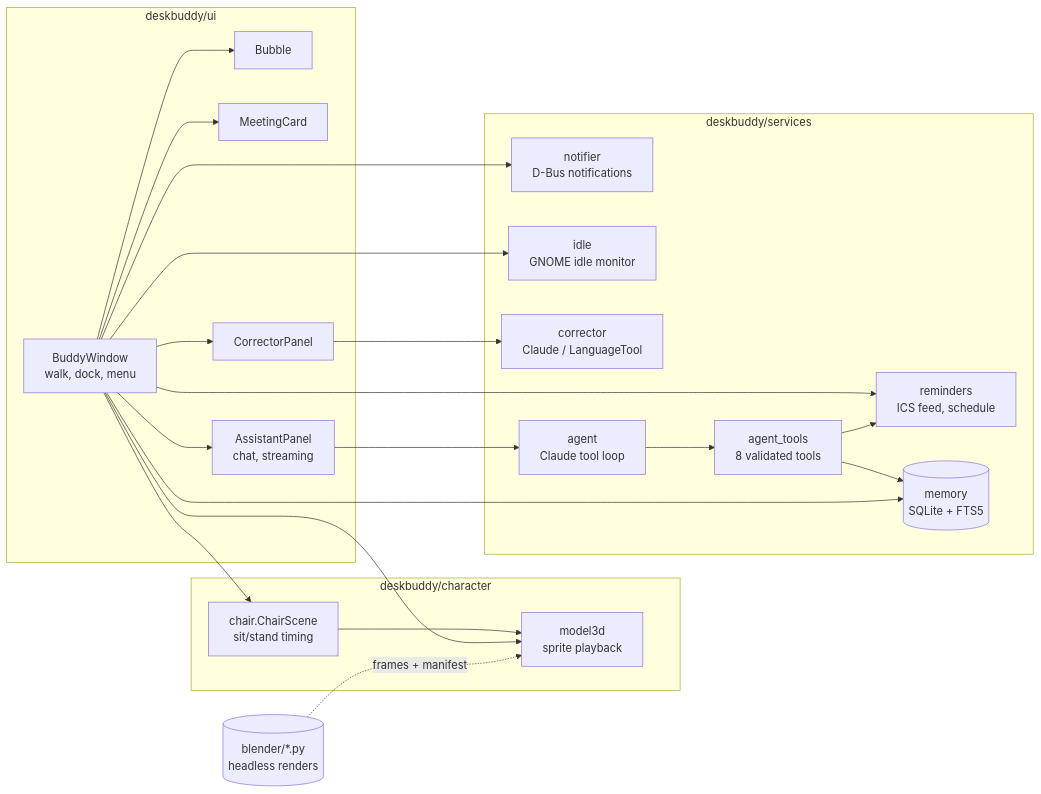
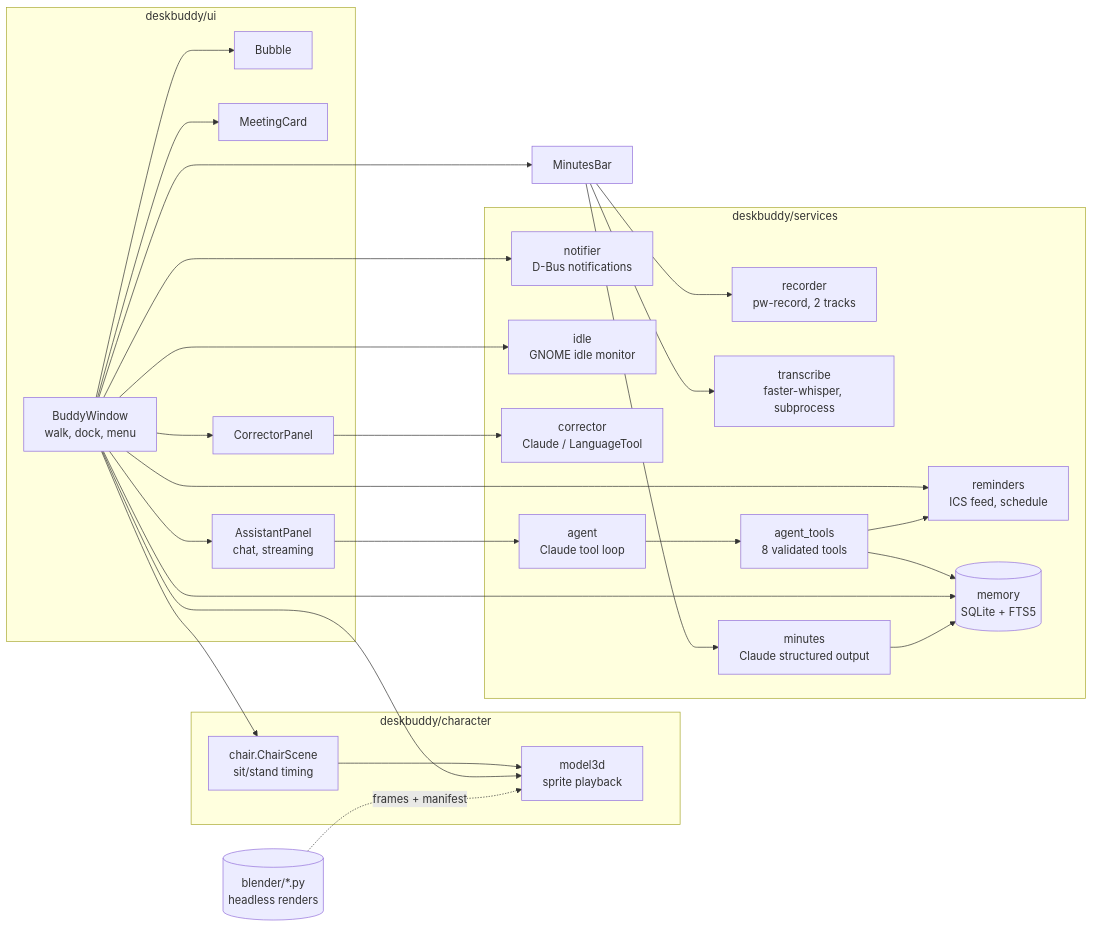
One commit to ChandraSKN/Desktop-buddy- changed the diagram in README.md. Above: the diagram before and after it, drawn with Mermaid. The commit also changed other lines of this file and 16 other files, not shown here.

````diff
--- a/README.md
+++ b/README.md
@@ -211,29 +244,34 @@
 ```mermaid
 flowchart LR
     subgraph ui[deskbuddy/ui]
         W[BuddyWindow<br/>walk, dock, menu] --> B[Bubble]
         W --> MC[MeetingCard]
         W --> CP[CorrectorPanel]
         W --> AP[AssistantPanel<br/>chat, streaming]
     end
     subgraph character[deskbuddy/character]
         CH[chair.ChairScene<br/>sit/stand timing] --> M3[model3d<br/>sprite playback]
     end
     subgraph services[deskbuddy/services]
         R[reminders<br/>ICS feed, schedule]
         N[notifier<br/>D-Bus notifications]
         I[idle<br/>GNOME idle monitor]
         C[corrector<br/>Claude / LanguageTool]
         AG[agent<br/>Claude tool loop]
+        REC[recorder<br/>pw-record, 2 tracks]
+        TR[transcribe<br/>faster-whisper, subprocess]
+        MIN[minutes<br/>Claude structured output]
         T[agent_tools<br/>8 validated tools]
         MEM[(memory<br/>SQLite + FTS5)]
     end
     W --> CH
     W --> M3
     W --> R & N & I
     CP --> C
     AP --> AG --> T
     T --> MEM & R
     W --> MEM
+    W --> MB[MinutesBar] --> REC & TR & MIN
+    MIN --> MEM
     BL[(blender/*.py<br/>headless renders)] -. frames + manifest .-> M3
 ```
````
